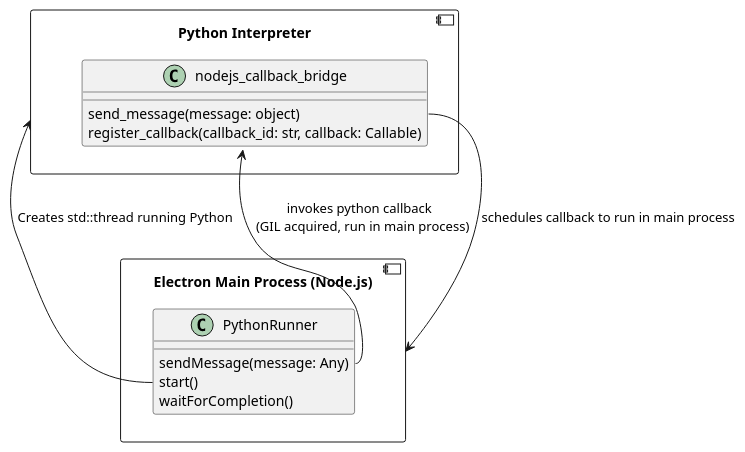
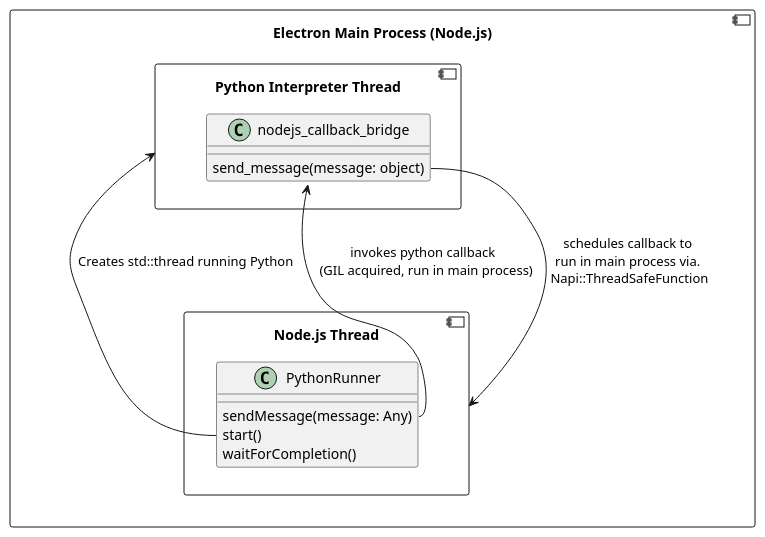
Before and after one commit to computemachines/flower-assistant: the second of 2 diagrams in ARCHITECTURE.md, drawn with PlantUML. The commit also changed other lines of this file and 2 other files, not shown here.

First line of the commit message:
Refactor architecture documentation and enhance message schema definitions

````diff
--- a/ARCHITECTURE.md
+++ b/ARCHITECTURE.md
@@ -183,21 +214,22 @@
-      ```plantuml
-      @startuml
+        ```plantuml
+        @startuml
 
-      component "Python Interpreter" as python_interpreter {
-        class "nodejs_callback_bridge" as nodejs_callback_bridge {
-          send_message(message: object)
-          register_callback(callback_id: str, callback: Callable)
+        component "Electron Main Process (Node.js)" as main_process {
+            component "Python Interpreter Thread" as python_interpreter {
+                class "nodejs_callback_bridge" as nodejs_callback_bridge {
+                send_message(message: object)
+                }
+            }
+            component "Node.js Thread" as node_thread {
+                class "PythonRunner" as python_runner{
+                sendMessage(message: Any)
+                start()
+                waitForCompletion()
+                }
+            }
         }
-      }
-      component "Electron Main Process (Node.js)" as main_process {
-        class "PythonRunner" as python_runner{
-          sendMessage(message: Any)
-          start()
-          waitForCompletion()
-        }
-      }
-      python_interpreter <- main_process.python_runner::start : Creates std::thread running Python
-      python_interpreter.nodejs_callback_bridge::send_message -> main_process : schedules callback to run in main process
-      python_interpreter.nodejs_callback_bridge <-- main_process.python_runner::sendMessage : invokes python callback \n (GIL acquired, run in main process)
-      @enduml
-      ```
+        main_process.python_interpreter <- main_process.node_thread.python_runner::start : Creates std::thread running Python
+        main_process.python_interpreter.nodejs_callback_bridge::send_message -> main_process.node_thread : schedules callback to\n run in main process via. \n Napi::ThreadSafeFunction
+        main_process.python_interpreter.nodejs_callback_bridge <-- main_process.node_thread.python_runner::sendMessage : invokes python callback \n (GIL acquired, run in main process)
+        @enduml
+        ```
````
